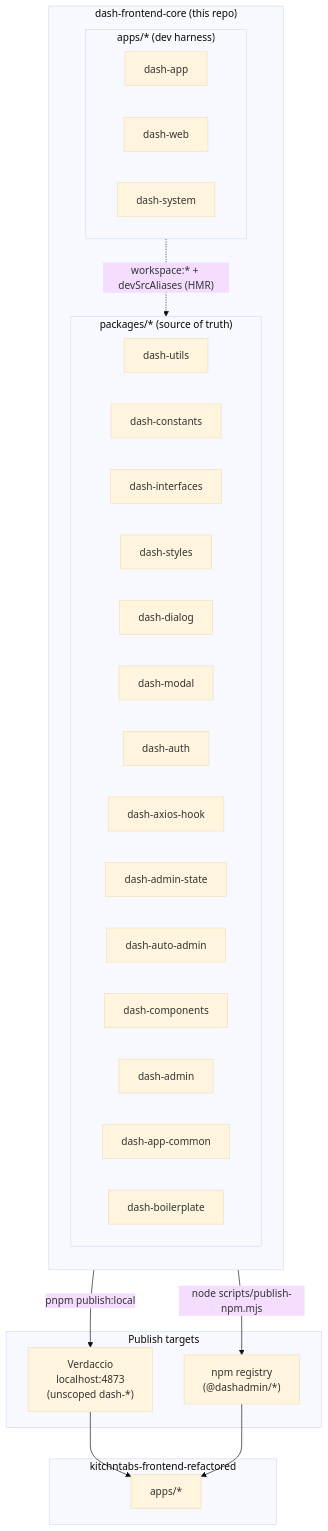
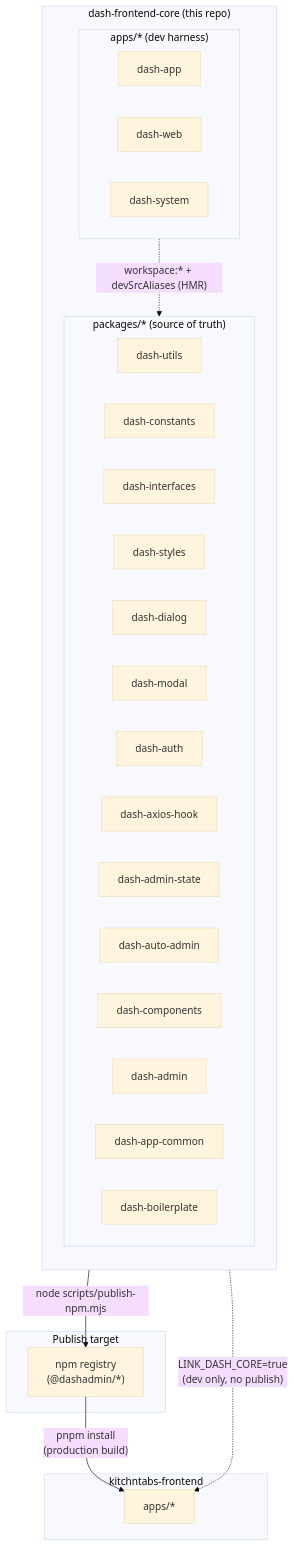
The first of 6 diagrams in DEVELOPMENT.md (farandal/dash-frontend-core), drawn with Mermaid (base theme) before and after one commit. The commit also changed other lines of this file and 3 other files, not shown here.

````diff
--- a/DEVELOPMENT.md
+++ b/DEVELOPMENT.md
@@ -23,42 +31,40 @@
 ```mermaid
 flowchart TB
     subgraph core["dash-frontend-core (this repo)"]
         direction TB
         subgraph pkgs["packages/*  (source of truth)"]
             utils["dash-utils"]
             consts["dash-constants"]
             iface["dash-interfaces"]
             styles["dash-styles"]
             dialog["dash-dialog"]
             modal["dash-modal"]
             auth["dash-auth"]
             axios["dash-axios-hook"]
             state["dash-admin-state"]
             auto["dash-auto-admin"]
             comps["dash-components"]
             admin["dash-admin"]
             common["dash-app-common"]
             boiler["dash-boilerplate"]
         end
         subgraph apps["apps/*  (dev harness)"]
             dashapp["dash-app"]
             dashweb["dash-web"]
             dashsys["dash-system"]
         end
         apps -. "workspace:* + devSrcAliases (HMR)" .-> pkgs
     end
 
-    subgraph registries["Publish targets"]
-        verd["Verdaccio<br/>localhost:4873<br/>(unscoped dash-*)"]
+    subgraph registry["Publish target"]
         npm["npm registry<br/>(@dashadmin/*)"]
     end
 
-    subgraph kt["kitchntabs-frontend-refactored"]
+    subgraph kt["kitchntabs-frontend"]
         ktapps["apps/*"]
     end
 
-    pkgs -- "pnpm publish:local" --> verd
     pkgs -- "node scripts/publish-npm.mjs" --> npm
-    verd --> ktapps
-    npm --> ktapps
+    npm -- "pnpm install<br/>(production build)" --> ktapps
+    pkgs -. "LINK_DASH_CORE=true<br/>(dev only, no publish)" .-> ktapps
 ```
````
